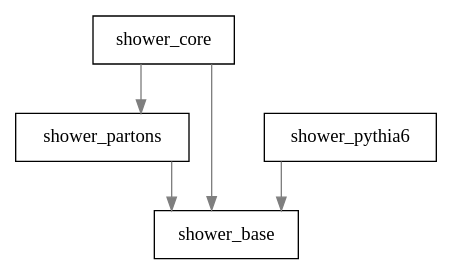
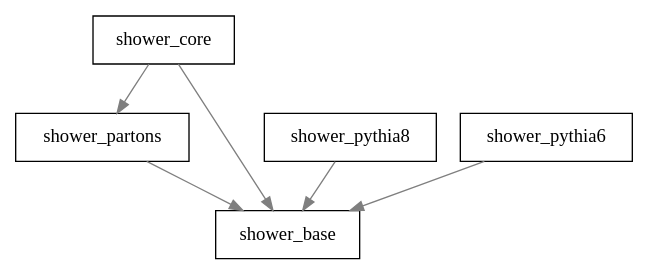
One commit to bendavid/whizard changed the diagram in share/doc/shower.dot. Above: the diagram before and after it, drawn with Graphviz. The commit also changed 1388 other files, not shown here.

```diff
--- a/share/doc/shower.dot
+++ b/share/doc/shower.dot
@@ -1,11 +1,12 @@
 
 digraph G {
 concentrate=true
-splines=ortho
+splines=true
 node[shape=record,style=filled,fillcolor=white]
 edge[color=gray50]
 shower_core -> shower_partons
+shower_pythia8 -> shower_base
 shower_partons -> shower_base
 shower_core -> shower_base
 shower_pythia6 -> shower_base
  }
```
